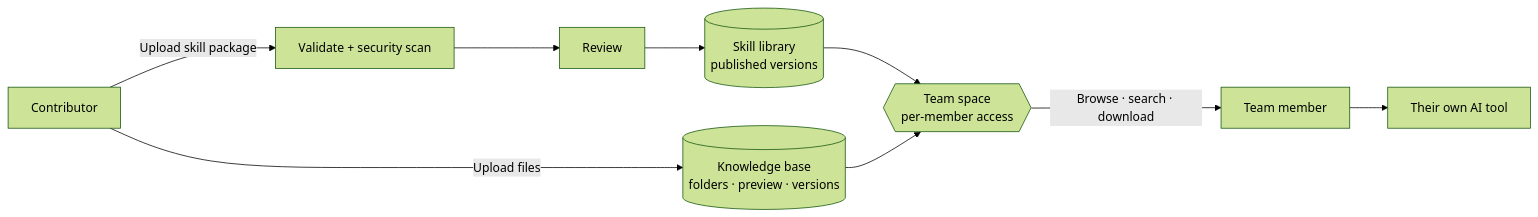
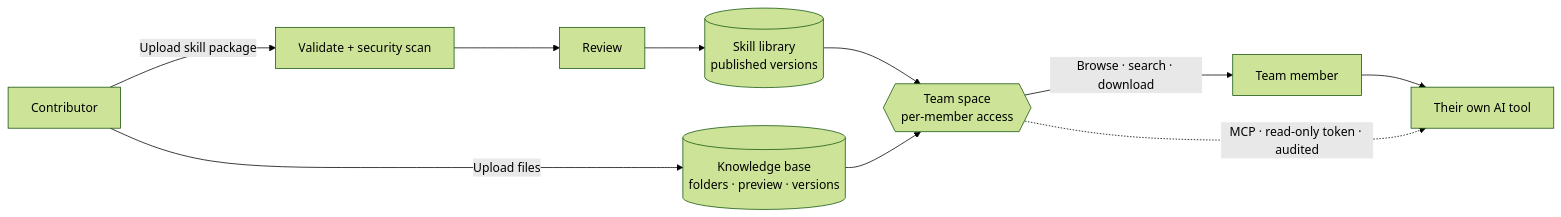
One commit to kun001/skillhive changed the first of 2 diagrams in README.en.md. Above: the diagram before and after it, drawn with Mermaid (forest theme). The commit also changed other lines of this file and 1 other file, not shown here.

First line of the commit message:
docs: feature MCP access in the README

````diff
--- a/README.en.md
+++ b/README.en.md
@@ -70,9 +72,10 @@
 ```mermaid
 flowchart LR
     C[Contributor] -->|Upload skill package| V[Validate + security scan] --> R[Review] --> SK[(Skill library<br/>published versions)]
     C -->|Upload files| KB[(Knowledge base<br/>folders · preview · versions)]
     SK --> NS{{Team space<br/>per-member access}}
     KB --> NS
     NS -->|Browse · search · download| M[Team member]
     M --> T[Their own AI tool]
+    NS -.->|MCP · read-only token · audited| T
 ```
````
